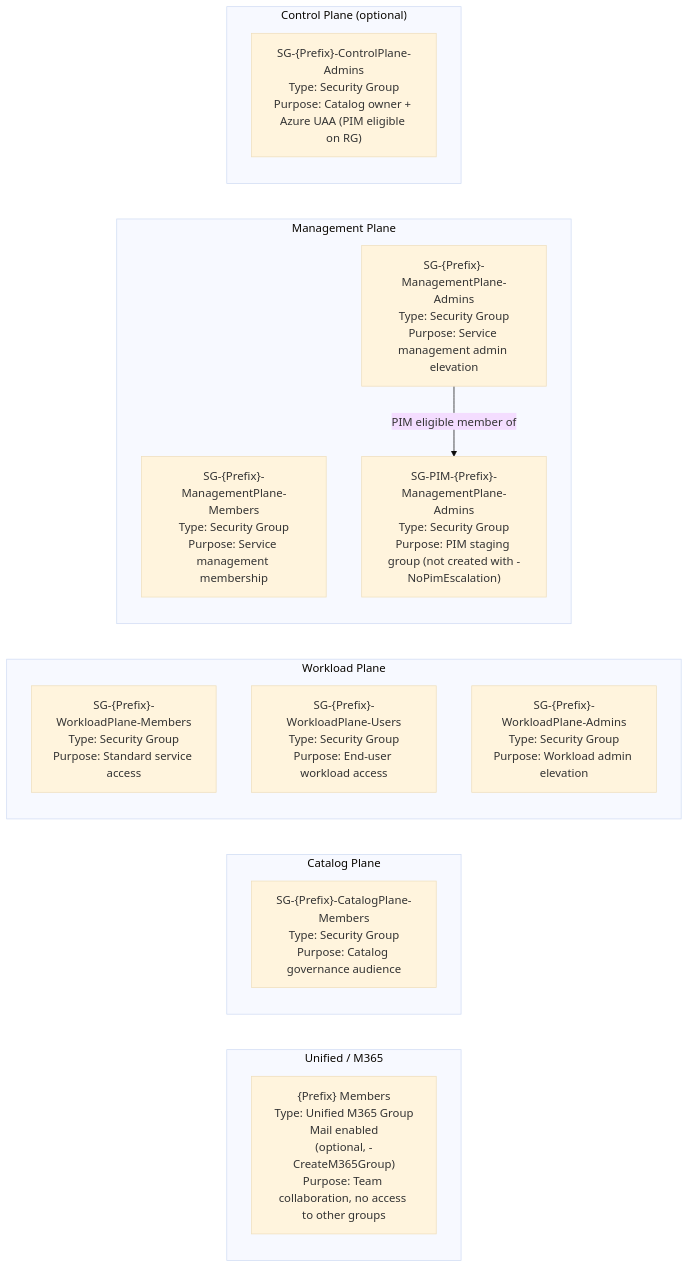
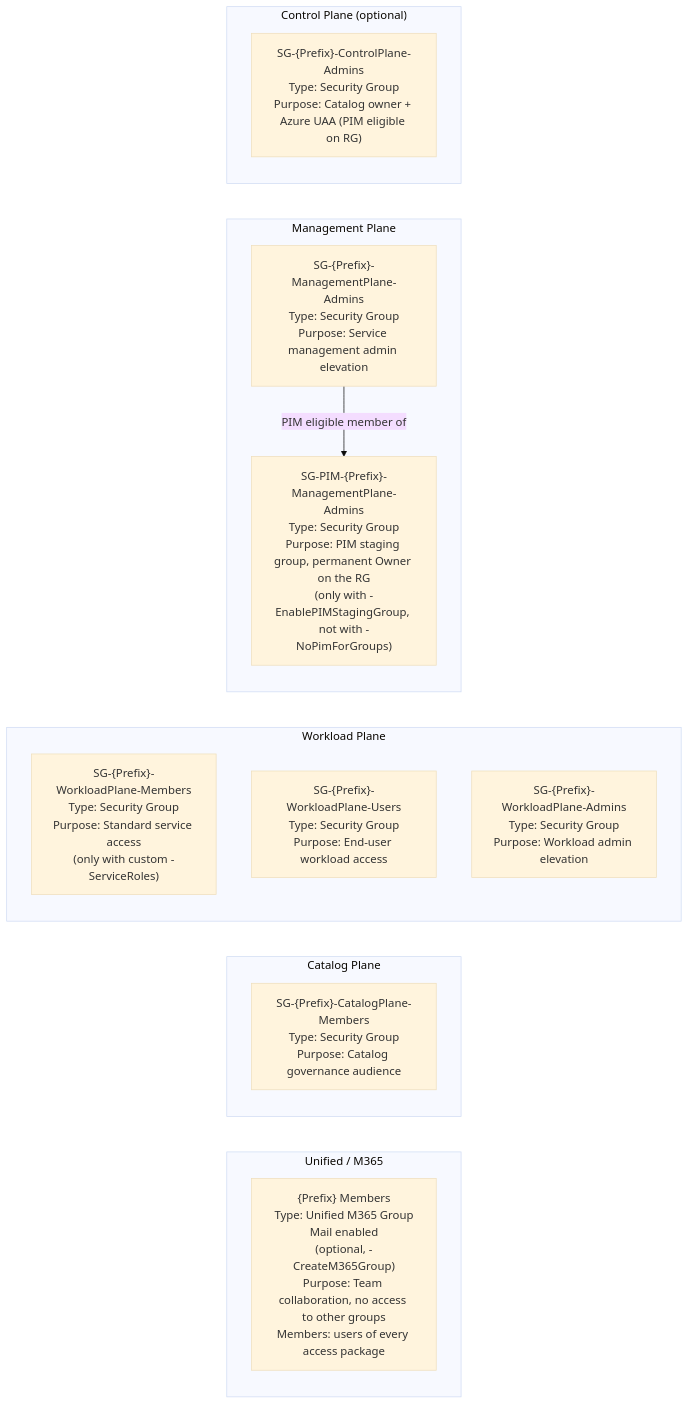
Before and after one commit to Cloud-Architekt/EntraOps: the second of 7 diagrams in Docs/content/service-em-landing-zone-visualization.md, drawn with Mermaid (base theme). The commit also changed other lines of this file and 17 other files, not shown here.

First line of the commit message:
Enhance PIM staging group functionality and update related tests

````diff
--- a/Docs/content/service-em-landing-zone-visualization.md
+++ b/Docs/content/service-em-landing-zone-visualization.md
@@ -170,29 +170,28 @@
 ```mermaid
 flowchart LR
     subgraph UNIFIED["Unified / M365"]
-        G_Unified["{Prefix} Members\nType: Unified M365 Group\nMail enabled\n(optional, -CreateM365Group)\nPurpose: Team collaboration, no access to other groups"]
+        G_Unified["{Prefix} Members\nType: Unified M365 Group\nMail enabled\n(optional, -CreateM365Group)\nPurpose: Team collaboration, no access to other groups\nMembers: users of every access package"]
     end
 
     subgraph CP_PL["Catalog Plane"]
         G_CP["SG-{Prefix}-CatalogPlane-Members\nType: Security Group\nPurpose: Catalog governance audience"]
     end
 
     subgraph WP_PL["Workload Plane"]
-        G_WP_Mbr["SG-{Prefix}-WorkloadPlane-Members\nType: Security Group\nPurpose: Standard service access"]
+        G_WP_Mbr["SG-{Prefix}-WorkloadPlane-Members\nType: Security Group\nPurpose: Standard service access\n(only with custom -ServiceRoles)"]
         G_WP_Usr["SG-{Prefix}-WorkloadPlane-Users\nType: Security Group\nPurpose: End-user workload access"]
         G_WP_Adm["SG-{Prefix}-WorkloadPlane-Admins\nType: Security Group\nPurpose: Workload admin elevation"]
     end
 
     subgraph MP_PL["Management Plane"]
-        G_MP_Mbr["SG-{Prefix}-ManagementPlane-Members\nType: Security Group\nPurpose: Service management membership"]
         G_MP_Adm["SG-{Prefix}-ManagementPlane-Admins\nType: Security Group\nPurpose: Service management admin elevation"]
-        G_PIM["SG-PIM-{Prefix}-ManagementPlane-Admins\nType: Security Group\nPurpose: PIM staging group (not created with -NoPimEscalation)"]
+        G_PIM["SG-PIM-{Prefix}-ManagementPlane-Admins\nType: Security Group\nPurpose: PIM staging group, permanent Owner on the RG\n(only with -EnablePIMStagingGroup, not with -NoPimForGroups)"]
     end
 
     subgraph CTRL_PL["Control Plane (optional)"]
         G_Ctrl["SG-{Prefix}-ControlPlane-Admins\nType: Security Group\nPurpose: Catalog owner + Azure UAA (PIM eligible on RG)"]
     end
 
-    %% PIM for Groups eligibilities
+    %% PIM for Groups eligibilities (only with -EnablePIMStagingGroup)
     G_MP_Adm  -->|"PIM eligible member of"| G_PIM
 ```
````
